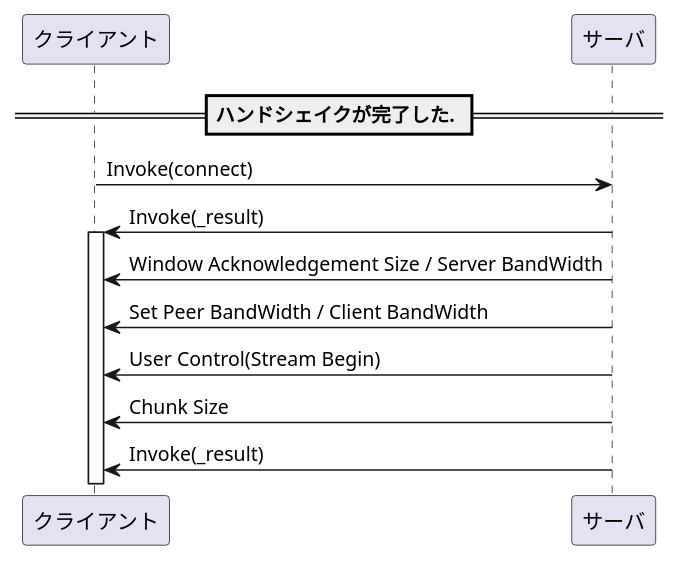
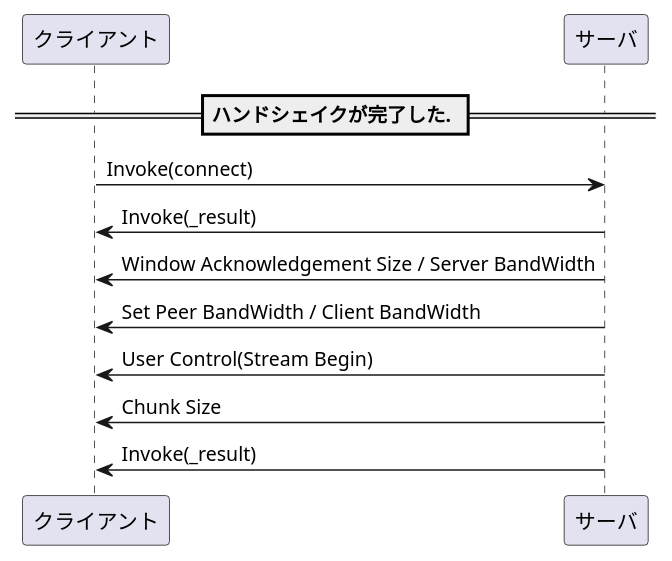
One commit to t-matsudate/rtmp-reports-src changed the sixth of 9 diagrams in src/markdowns/Overview.md. Above: the diagram before and after it, drawn with PlantUML.

Commit message:
Removed: An unnecessary lifeline sequence.

```diff
--- a/src/markdowns/Overview.md
+++ b/src/markdowns/Overview.md
@@ -1486,10 +1486,10 @@
 @startuml
 == ハンドシェイクが完了した. ==
 クライアント -> サーバ: Invoke(connect)
-サーバ -> クライアント ++ : Invoke(_result)
+サーバ -> クライアント: Invoke(_result)
 サーバ -> クライアント: Window Acknowledgement Size / Server BandWidth
 サーバ -> クライアント: Set Peer BandWidth / Client BandWidth
 サーバ -> クライアント: User Control(Stream Begin)
 サーバ -> クライアント: Chunk Size
-サーバ -> クライアント -- : Invoke(_result)
+サーバ -> クライアント: Invoke(_result)
 @enduml
```
